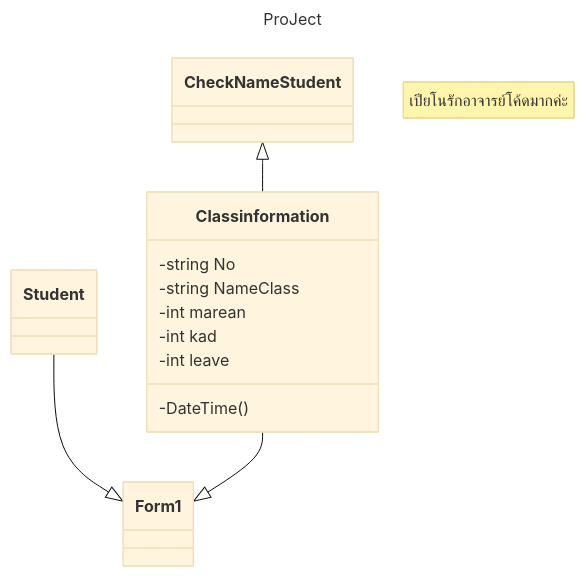
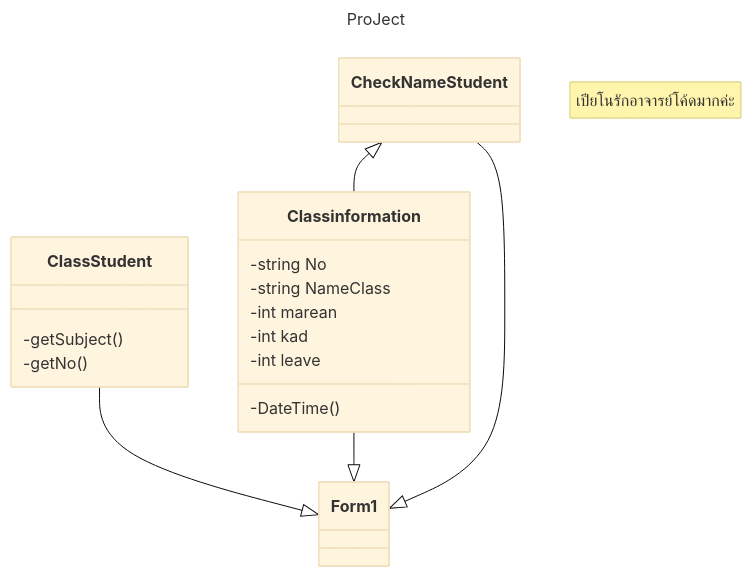
Before and after one commit to Natithorn/Test: the diagram in README.md, drawn with Mermaid (base theme).

````diff
--- a/README.md
+++ b/README.md
@@ -1,20 +1,24 @@
 ```mermaid
 ---
 title: ProJect
 ---
 classDiagram
     note "เปียโนรักอาจารย์โค้ดมากค่ะ"
-    Student --|> Form1
+    ClassStudent --|> Form1
     Classinformation --|> Form1
     CheckNameStudent <|-- Classinformation
+    CheckNameStudent --|> Form1
     class Classinformation{
         -string No
         -string NameClass
         -int marean
         -int kad
         -int leave
         -DateTime()
-        
+    }
+    class ClassStudent {
+        -getSubject()
+        -getNo()
     }
     
 ```
````
